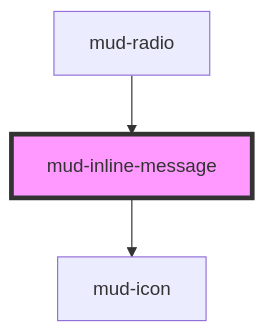
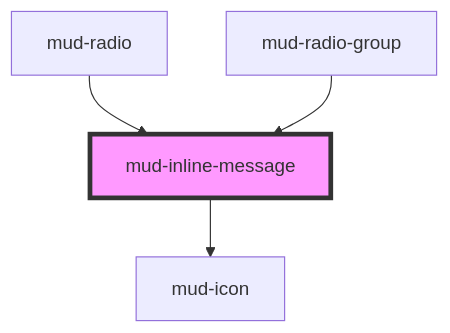
One commit to egov-moldova/design-system changed the diagram in src/components/mud-inline-message/readme.md. Above: the diagram before and after it, drawn with Mermaid. The commit also changed other lines of this file and 11 other files, not shown here.

First line of the commit message:
feat(radio-group): add mud-radio-group, one Tab stop with arrow-key selection

````diff
--- a/src/components/mud-inline-message/readme.md
+++ b/src/components/mud-inline-message/readme.md
@@ -55,6 +56,7 @@
 ```mermaid
 graph TD;
   mud-inline-message --> mud-icon
   mud-radio --> mud-inline-message
+  mud-radio-group --> mud-inline-message
   style mud-inline-message fill:#f9f,stroke:#333,stroke-width:4px
 ```
````
